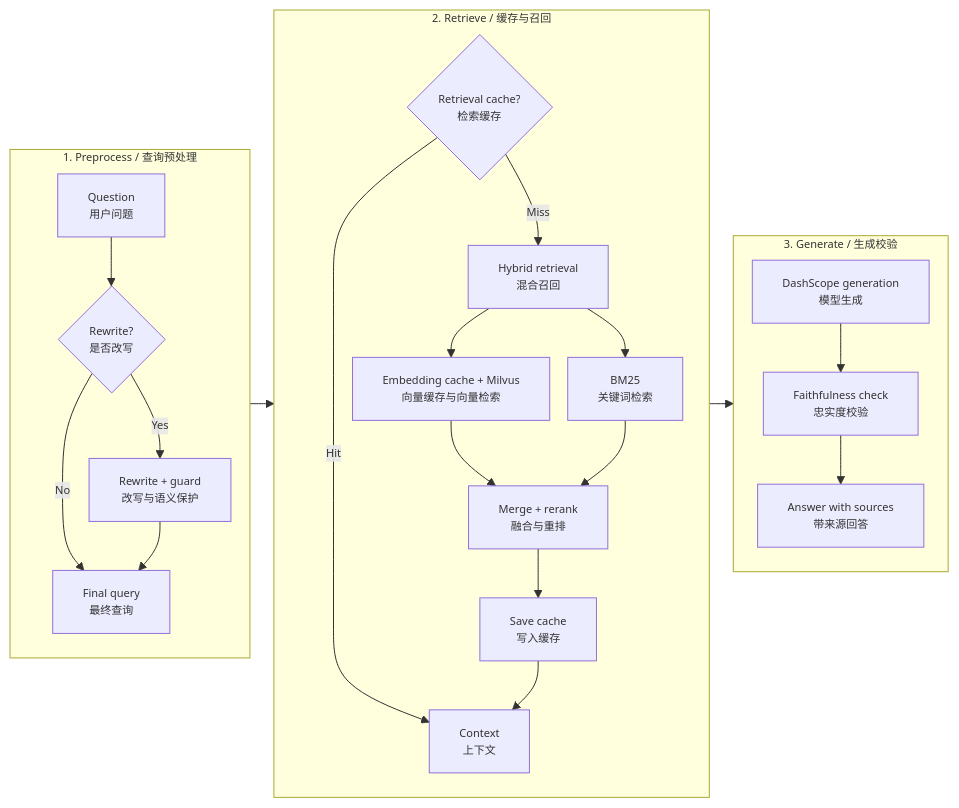
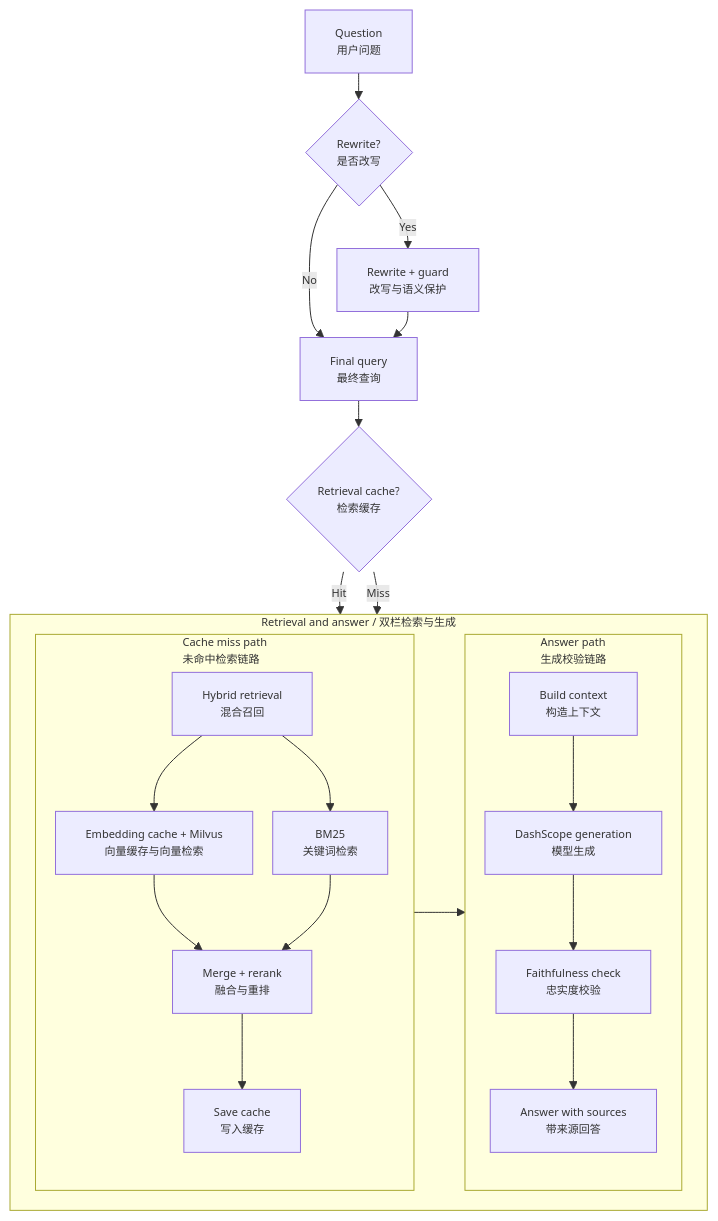
Before and after one commit to ember056/devassist-agent: the third of 4 diagrams in README.md, drawn with Mermaid.

Commit message:
docs: use two-column vertical rag flow

````diff
--- a/README.md
+++ b/README.md
@@ -109,33 +109,33 @@
 ```mermaid
-%%{init: {"themeVariables": {"fontSize": "11px"}, "flowchart": {"nodeSpacing": 18, "rankSpacing": 24}}}%%
-flowchart LR
-    subgraph P["1. Preprocess / 查询预处理"]
-        direction TB
-        Q["Question<br/>用户问题"] --> GATE{"Rewrite?<br/>是否改写"}
-        GATE -- "No" --> FQ["Final query<br/>最终查询"]
-        GATE -- "Yes" --> RW["Rewrite + guard<br/>改写与语义保护"]
-        RW --> FQ
+%%{init: {"themeVariables": {"fontSize": "11px"}, "flowchart": {"nodeSpacing": 20, "rankSpacing": 26}}}%%
+flowchart TD
+    Q["Question<br/>用户问题"] --> GATE{"Rewrite?<br/>是否改写"}
+    GATE -- "No" --> FQ["Final query<br/>最终查询"]
+    GATE -- "Yes" --> RW["Rewrite + guard<br/>改写与语义保护"]
+    RW --> FQ
+    FQ --> CACHE{"Retrieval cache?<br/>检索缓存"}
+
+    subgraph TwoCol["Retrieval and answer / 双栏检索与生成"]
+        direction LR
+
+        subgraph MISS["Cache miss path<br/>未命中检索链路"]
+            direction TB
+            HY["Hybrid retrieval<br/>混合召回"] --> VEC["Embedding cache + Milvus<br/>向量缓存与向量检索"]
+            HY --> BM25["BM25<br/>关键词检索"]
+            VEC --> MERGE["Merge + rerank<br/>融合与重排"]
+            BM25 --> MERGE
+            MERGE --> SAVE["Save cache<br/>写入缓存"]
+        end
+
+        subgraph ANSWER["Answer path<br/>生成校验链路"]
+            direction TB
+            CTX["Build context<br/>构造上下文"] --> LLM["DashScope generation<br/>模型生成"]
+            LLM --> FAITH["Faithfulness check<br/>忠实度校验"]
+            FAITH --> OUT["Answer with sources<br/>带来源回答"]
+        end
     end
 
-    subgraph R["2. Retrieve / 缓存与召回"]
-        direction TB
-        CACHE{"Retrieval cache?<br/>检索缓存"}
-        CACHE -- "Hit" --> CTX["Context<br/>上下文"]
-        CACHE -- "Miss" --> HY["Hybrid retrieval<br/>混合召回"]
-        HY --> VEC["Embedding cache + Milvus<br/>向量缓存与向量检索"]
-        HY --> BM25["BM25<br/>关键词检索"]
-        VEC --> MERGE["Merge + rerank<br/>融合与重排"]
-        BM25 --> MERGE
-        MERGE --> SAVE["Save cache<br/>写入缓存"]
-        SAVE --> CTX
-    end
-
-    subgraph G["3. Generate / 生成校验"]
-        direction TB
-        LLM["DashScope generation<br/>模型生成"] --> FAITH["Faithfulness check<br/>忠实度校验"]
-        FAITH --> OUT["Answer with sources<br/>带来源回答"]
-    end
-
-    FQ --> CACHE
-    CTX --> LLM
+    CACHE -- "Hit" --> CTX
+    CACHE -- "Miss" --> HY
+    SAVE --> CTX
 ```
````
